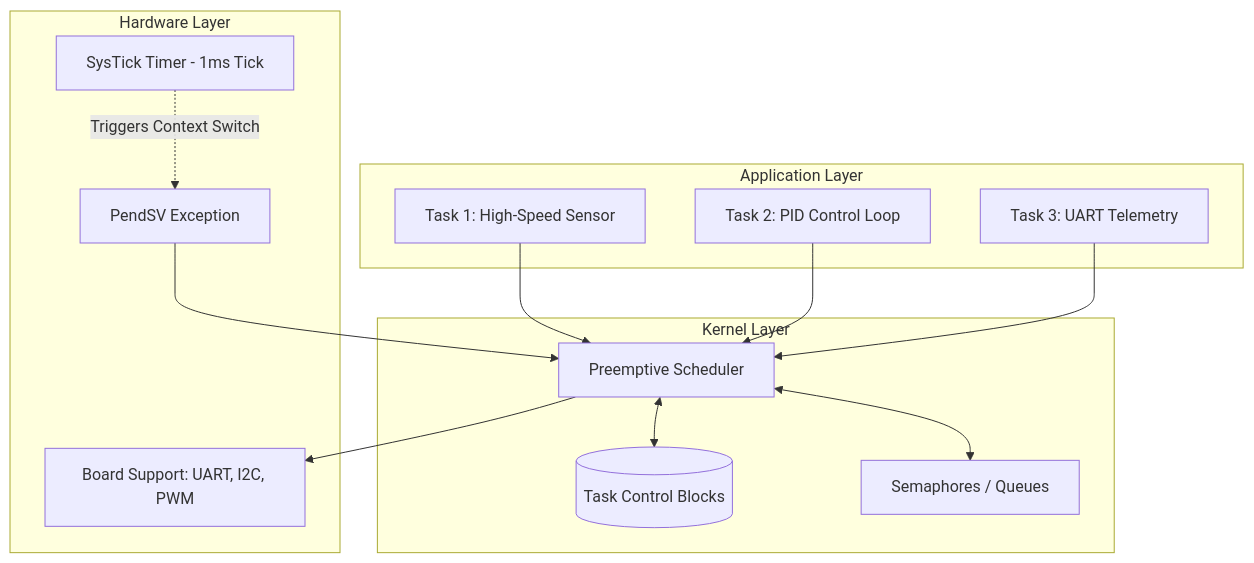
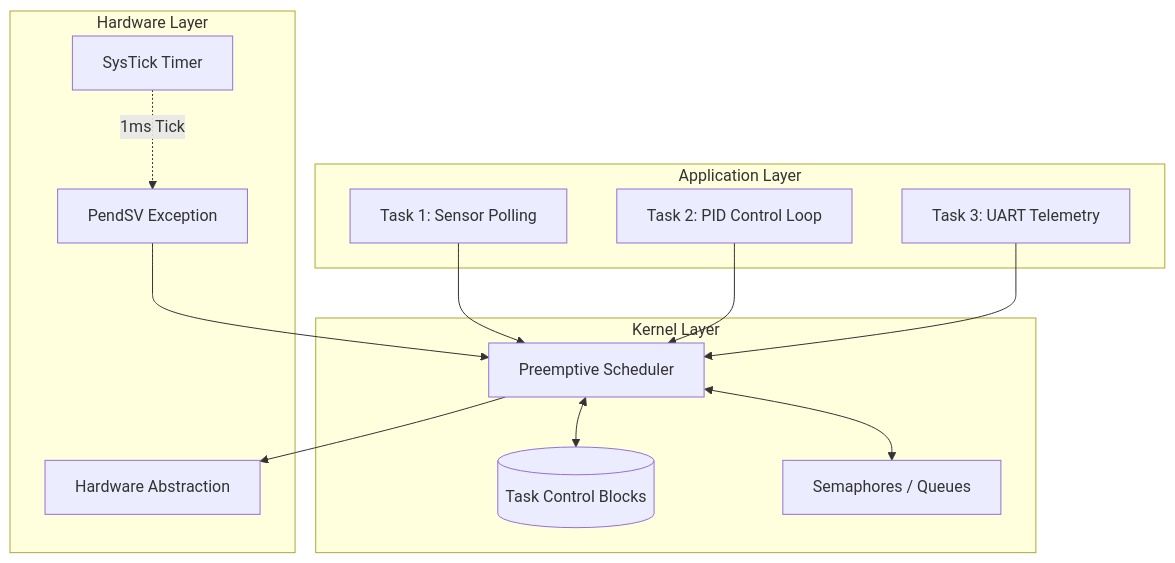
One commit to Pranay-Patil2006/Pranay_RTOS changed the first of 3 diagrams in README.md. Above: the diagram before and after it, drawn with Mermaid. The commit also changed other lines of this file, not shown here.

````diff
--- a/README.md
+++ b/README.md
@@ -9,31 +11,31 @@
 ```mermaid
 graph TD
     subgraph Application Layer
-        T1[Task 1: High-Speed Sensor]
+        T1[Task 1: Sensor Polling]
         T2[Task 2: PID Control Loop]
         T3[Task 3: UART Telemetry]
     end
 
     subgraph Kernel Layer
         SCHED[Preemptive Scheduler]
         TCB[(Task Control Blocks)]
         IPC[Semaphores / Queues]
     end
 
     subgraph Hardware Layer
-        SYSTICK[SysTick Timer - 1ms Tick]
+        SYSTICK[SysTick Timer]
         PENDSV[PendSV Exception]
-        BSP[Board Support: UART, I2C, PWM]
+        BSP[Hardware Abstraction]
     end
 
     T1 --> SCHED
     T2 --> SCHED
     T3 --> SCHED
     
     SCHED <--> TCB
     SCHED <--> IPC
     
-    SYSTICK -.->|Triggers Context Switch| PENDSV
+    SYSTICK -.->|1ms Tick| PENDSV
     PENDSV --> SCHED
     SCHED --> BSP
 ```
````
